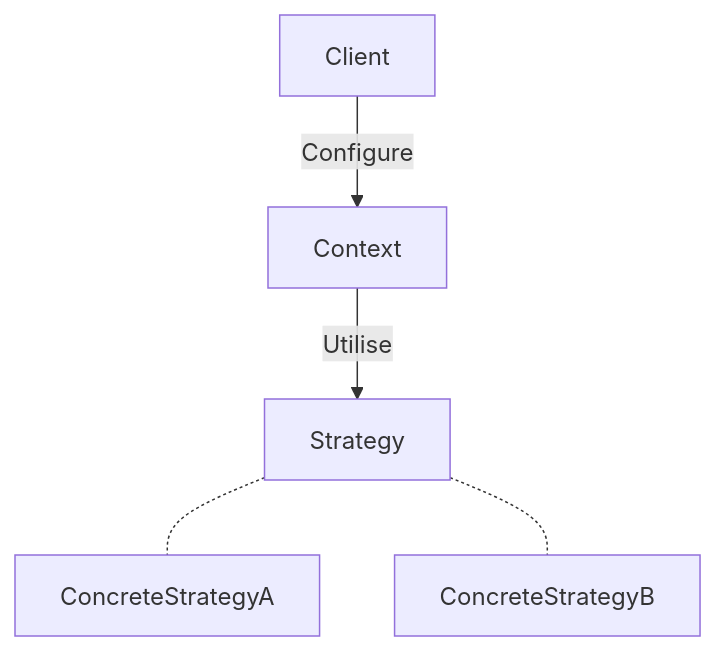
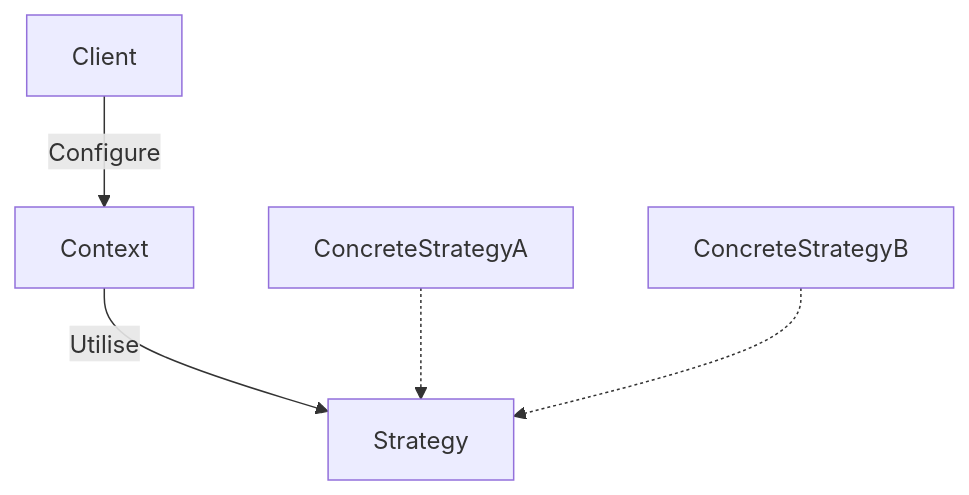
The third of 3 diagrams in Strategy/README.md (SamuelLnds/LandaisSamuel_TP_DesignPatterns), drawn with Mermaid before and after one commit. The commit also changed other lines of this file and 7 other files, not shown here.

````diff
--- a/Strategy/README.md
+++ b/Strategy/README.md
@@ -61,7 +61,7 @@
 ```mermaid
 graph TD
     Client -->|Configure| Context
     Context -->|Utilise| Strategy
-    Strategy <-.- ConcreteStrategyA
-    Strategy <-.- ConcreteStrategyB
+    ConcreteStrategyA -.-> Strategy
+    ConcreteStrategyB -.-> Strategy
 ```
````
